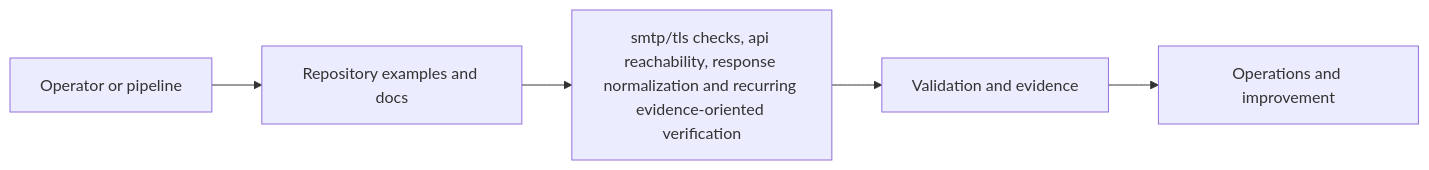
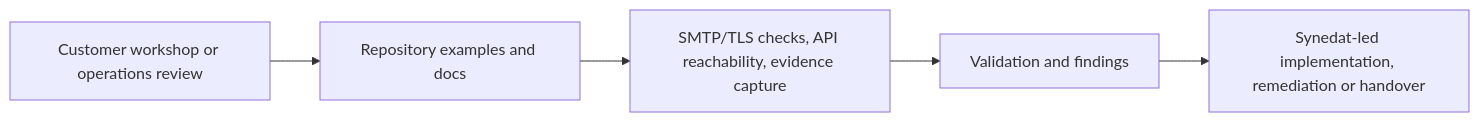
One commit to Synedat/Seppmail-HealthChecks changed the diagram in README.md. Above: the diagram before and after it, drawn with Mermaid. The commit also changed other lines of this file and 1 other file, not shown here.

````diff
--- a/README.md
+++ b/README.md
@@ -82,7 +121,7 @@
 ```mermaid
 flowchart LR
-    A[Operator or pipeline] --> B[Repository examples and docs]
-    B --> C[smtp/tls checks, api reachability, response normalization and recurring evidence-oriented verification]
-    C --> D[Validation and evidence]
-    D --> E[Operations and improvement]
+    A[Customer workshop or operations review] --> B[Repository examples and docs]
+    B --> C[SMTP/TLS checks, API reachability, evidence capture]
+    C --> D[Validation and findings]
+    D --> E[Synedat-led implementation, remediation or handover]
 ```
````
